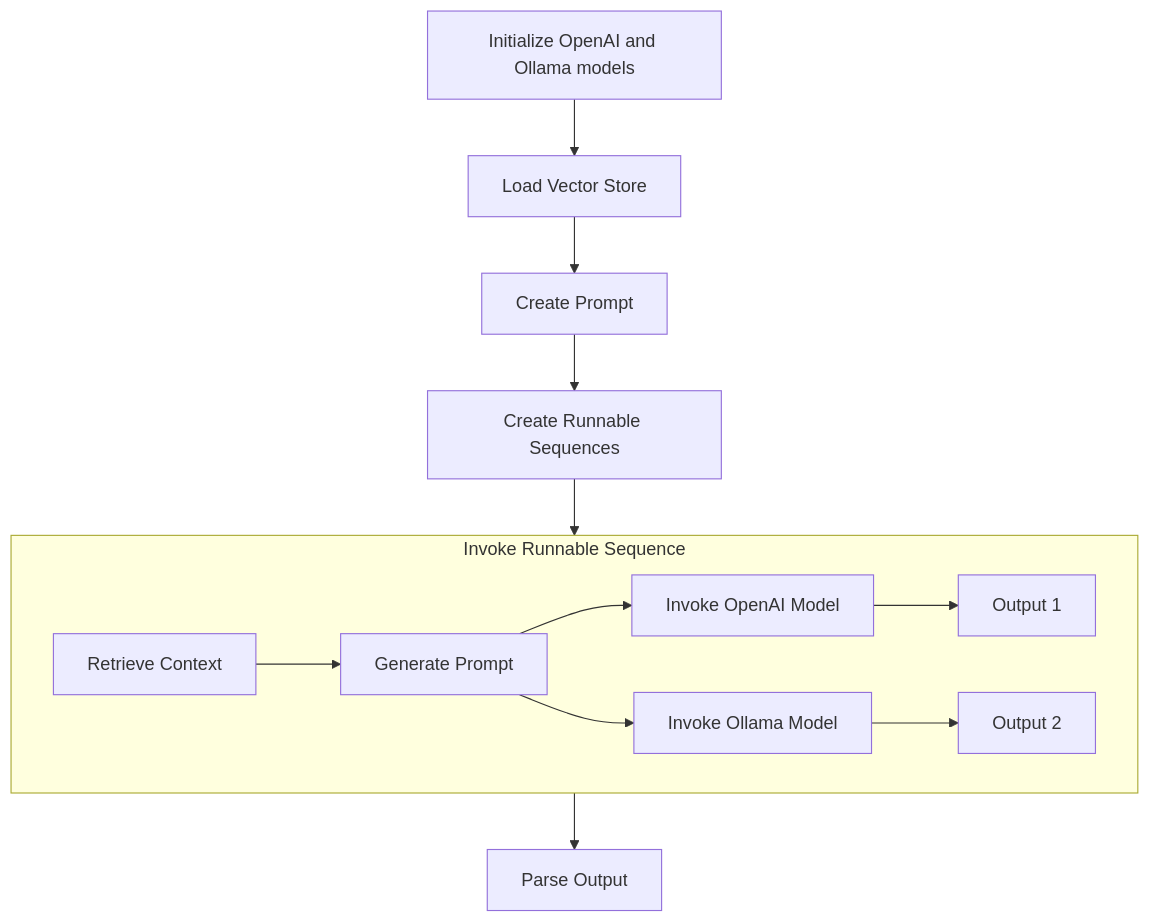
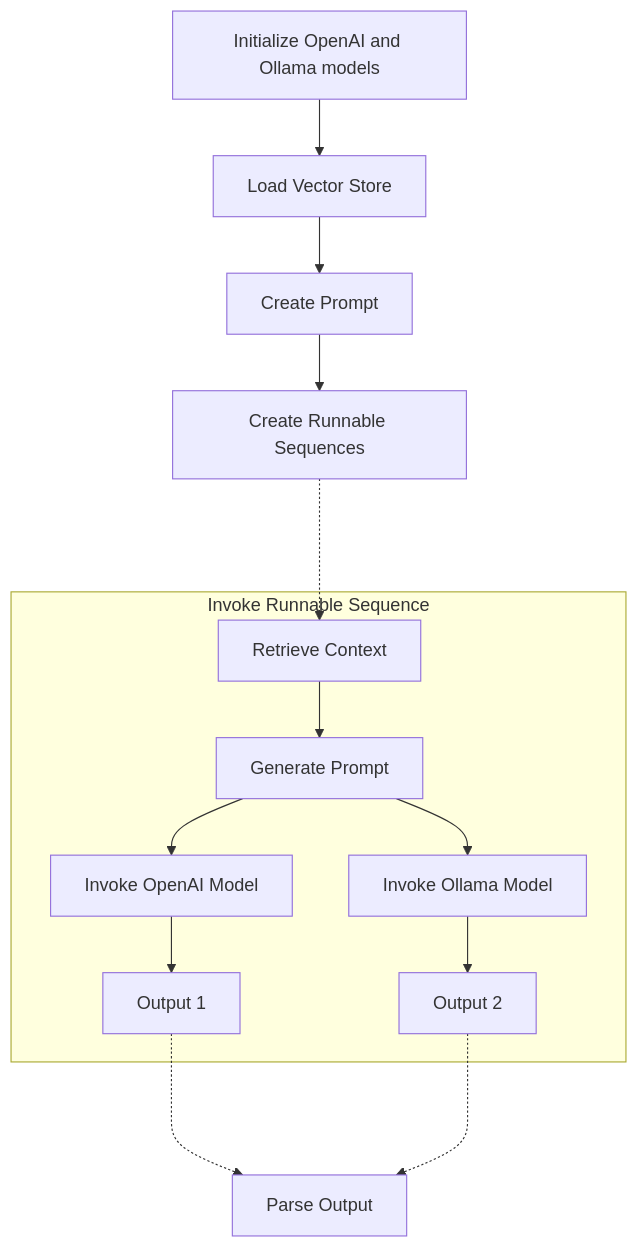
One commit to joyearnaud/hominem changed the second of 2 diagrams in content/posts/en/langchain-ollama.md. Above: the diagram before and after it, drawn with Mermaid.

Commit message:
correct 2nd diagram

````diff
--- a/content/posts/en/langchain-ollama.md
+++ b/content/posts/en/langchain-ollama.md
@@ -159,21 +159,23 @@
 ```mermaid
+
 graph TD;
 A[Initialize OpenAI and Ollama models] --> B[Load Vector Store]
 B --> C[Create Prompt]
 C --> D[Create Runnable Sequences]
 subgraph E [Invoke Runnable Sequence]
 e1[Retrieve Context]
 f1[Generate Prompt]
 h1[Invoke OpenAI Model]
 j1[Invoke Ollama Model]
 g1[Output 1]
 g2[Output 2] 
 end
 e1 --> f1
 f1 --> h1
 f1 --> j1
 h1 --> g1
 j1 --> g2
-D --> E
-E --> F[Parse Output]
+D -..-> e1
+g1 -..-> F[Parse Output]
+g2 -..-> F[Parse Output]
 ```
````
